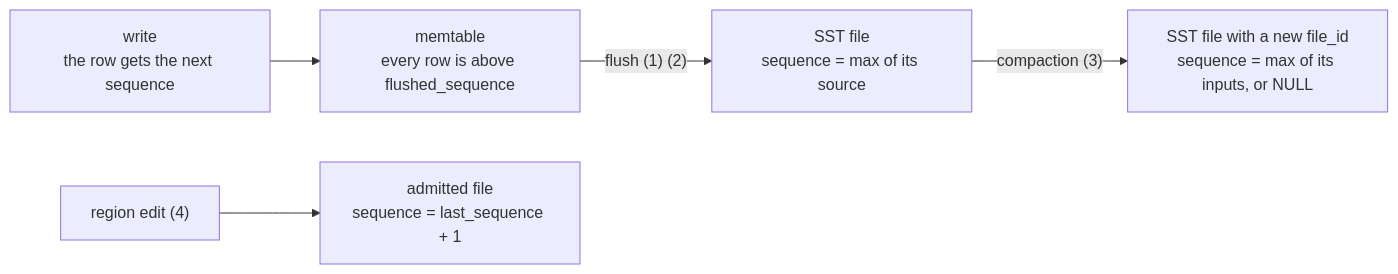
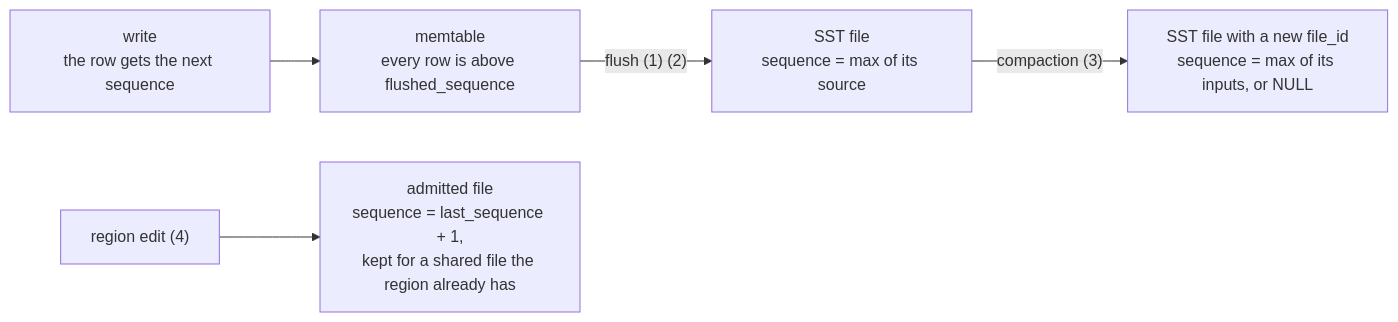
One commit to GreptimeTeam/greptimedb changed the second of 2 diagrams in docs/rfcs/2026-11-26-export-v2-late-data/rfc.md. Above: the diagram before and after it, drawn with Mermaid. The commit also changed other lines of this file, not shown here.

````diff
--- a/docs/rfcs/2026-11-26-export-v2-late-data/rfc.md
+++ b/docs/rfcs/2026-11-26-export-v2-late-data/rfc.md
@@ -266,7 +316,7 @@
 ```mermaid
 flowchart LR
     write["write<br/>the row gets the next sequence"] --> mem["memtable<br/>every row is above flushed_sequence"]
     mem -- "flush (1) (2)" --> sst["SST file<br/>sequence = max of its source"]
     sst -- "compaction (3)" --> merged["SST file with a new file_id<br/>sequence = max of its inputs, or NULL"]
-    edit["region edit (4)"] --> admitted["admitted file<br/>sequence = last_sequence + 1"]
+    edit["region edit (4)"] --> admitted["admitted file<br/>sequence = last_sequence + 1,<br/>kept for a shared file the region already has"]
 ```
````
